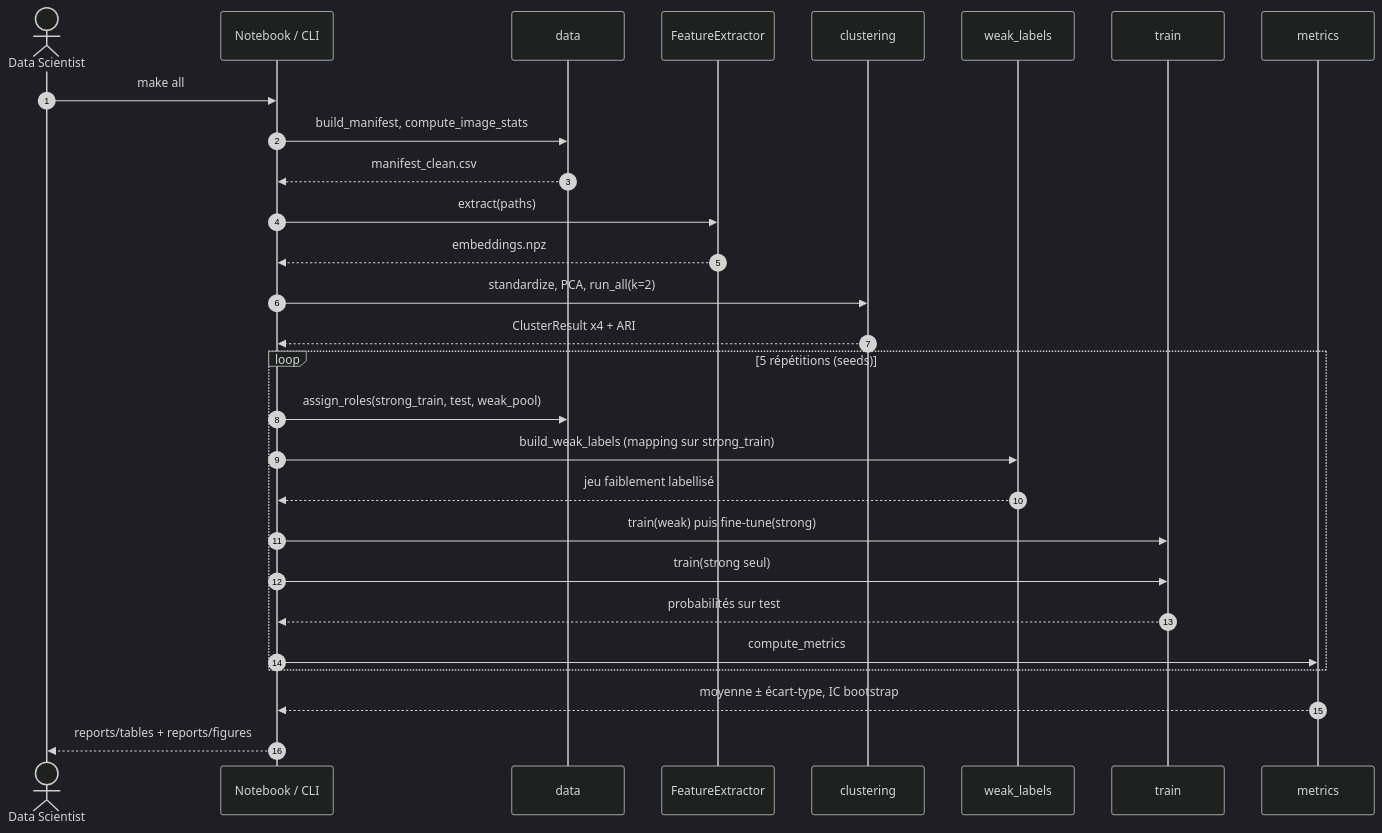
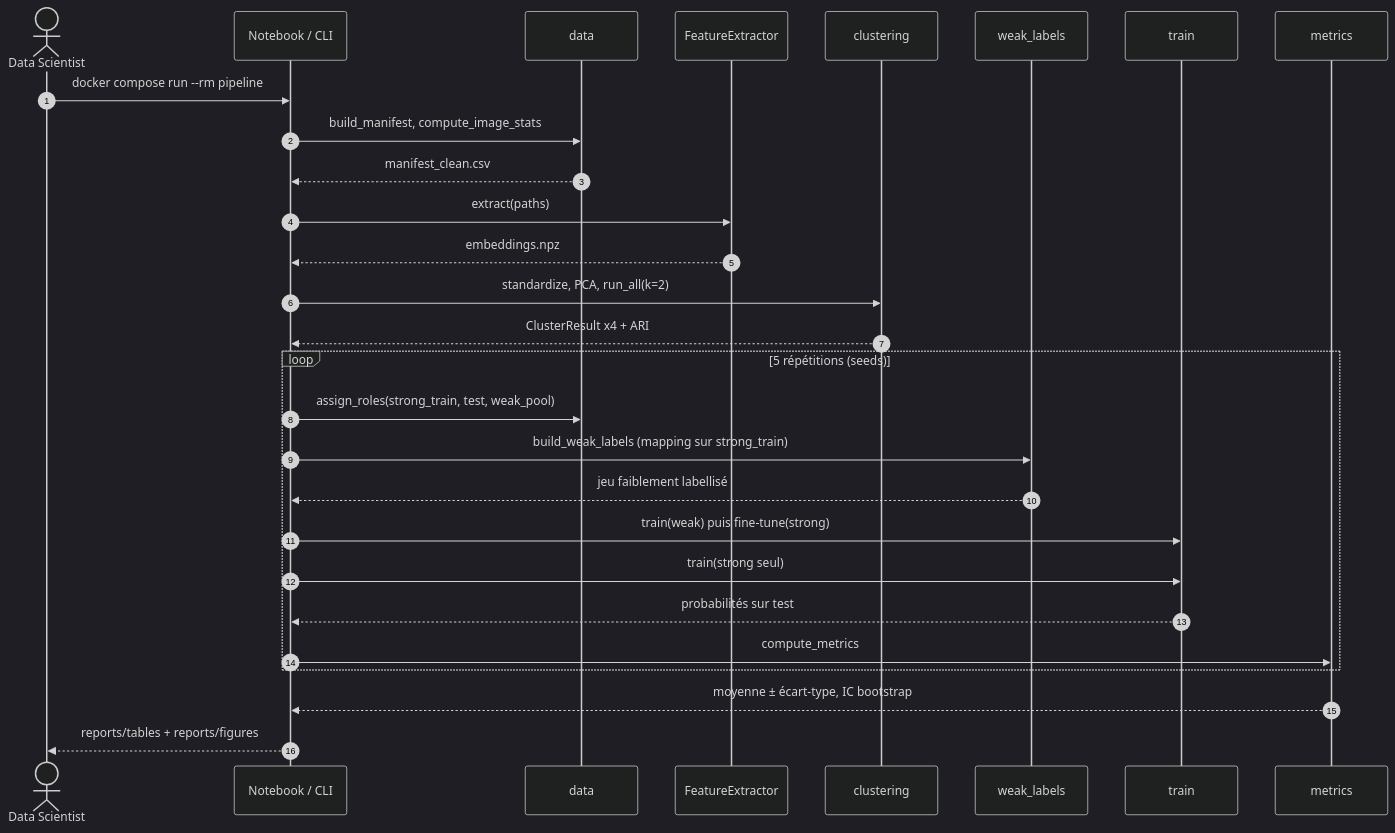
Before and after one commit to Nerion-1337/brainscanai: the fifth of 9 diagrams in README.md, drawn with Mermaid (dark theme). The commit also changed other lines of this file and 2 other files, not shown here.

Commit message:
docs(docker): Docker comme chemin principal, service pipeline, uv/make en option

````diff
--- a/README.md
+++ b/README.md
@@ -320,30 +320,30 @@
 ```mermaid
 sequenceDiagram
     autonumber
     actor DS as Data Scientist
     participant NB as Notebook / CLI
     participant DAT as data
     participant FE as FeatureExtractor
     participant CL as clustering
     participant WL as weak_labels
     participant TR as train
     participant MT as metrics
-    DS->>NB: make all
+    DS->>NB: docker compose run --rm pipeline
     NB->>DAT: build_manifest, compute_image_stats
     DAT-->>NB: manifest_clean.csv
     NB->>FE: extract(paths)
     FE-->>NB: embeddings.npz
     NB->>CL: standardize, PCA, run_all(k=2)
     CL-->>NB: ClusterResult x4 + ARI
     loop 5 répétitions (seeds)
         NB->>DAT: assign_roles(strong_train, test, weak_pool)
         NB->>WL: build_weak_labels (mapping sur strong_train)
         WL-->>NB: jeu faiblement labellisé
         NB->>TR: train(weak) puis fine-tune(strong)
         NB->>TR: train(strong seul)
         TR-->>NB: probabilités sur test
         NB->>MT: compute_metrics
     end
     MT-->>NB: moyenne ± écart-type, IC bootstrap
     NB-->>DS: reports/tables + reports/figures
 ```
````
